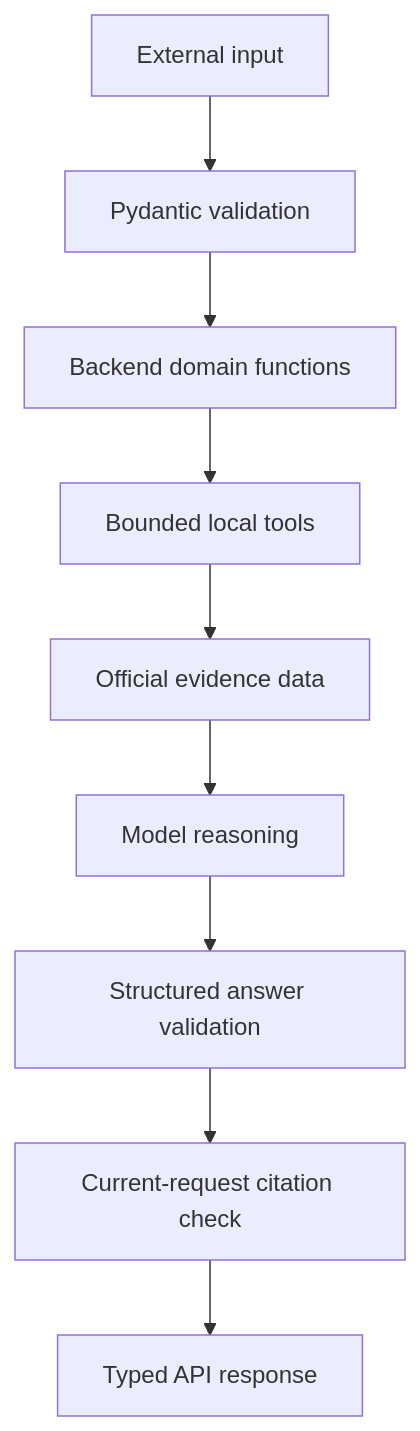
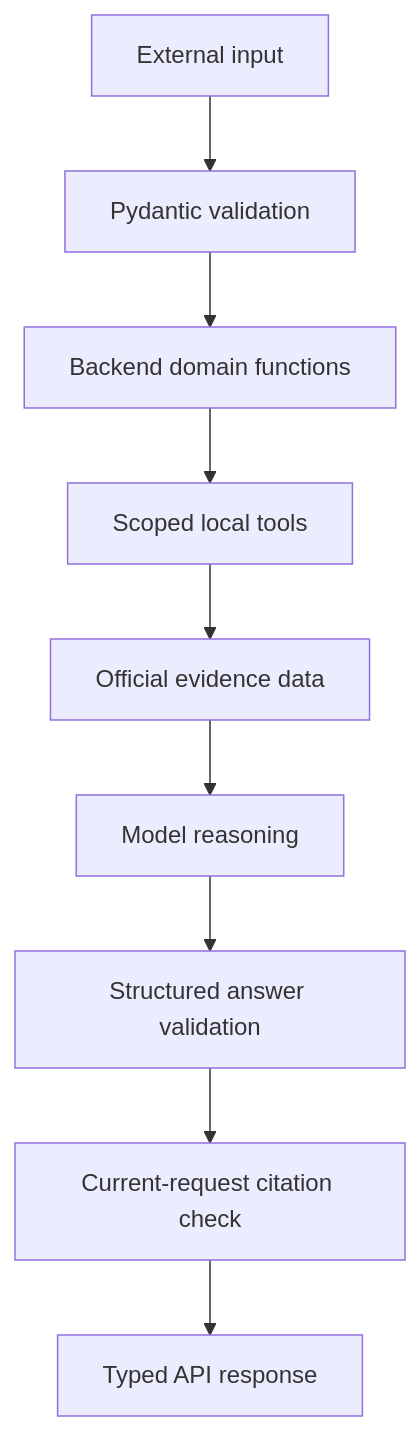
One commit to viktor-pfaffenrot/oBDSChat changed the third of 3 diagrams in docs/developer/explanation/system-architecture.md. Above: the diagram before and after it, drawn with Mermaid. The commit also changed other lines of this file and 22 other files, not shown here.

````diff
--- a/docs/developer/explanation/system-architecture.md
+++ b/docs/developer/explanation/system-architecture.md
@@ -65,11 +65,11 @@
 ```mermaid
 flowchart TD
     External[External input] --> Pydantic[Pydantic validation]
     Pydantic --> Domain[Backend domain functions]
-    Domain --> Tools[Bounded local tools]
+    Domain --> Tools[Scoped local tools]
     Tools --> Evidence[Official evidence data]
     Evidence --> Model[Model reasoning]
     Model --> Structured[Structured answer validation]
     Structured --> Citation[Current-request citation check]
     Citation --> Response[Typed API response]
 ```
````
